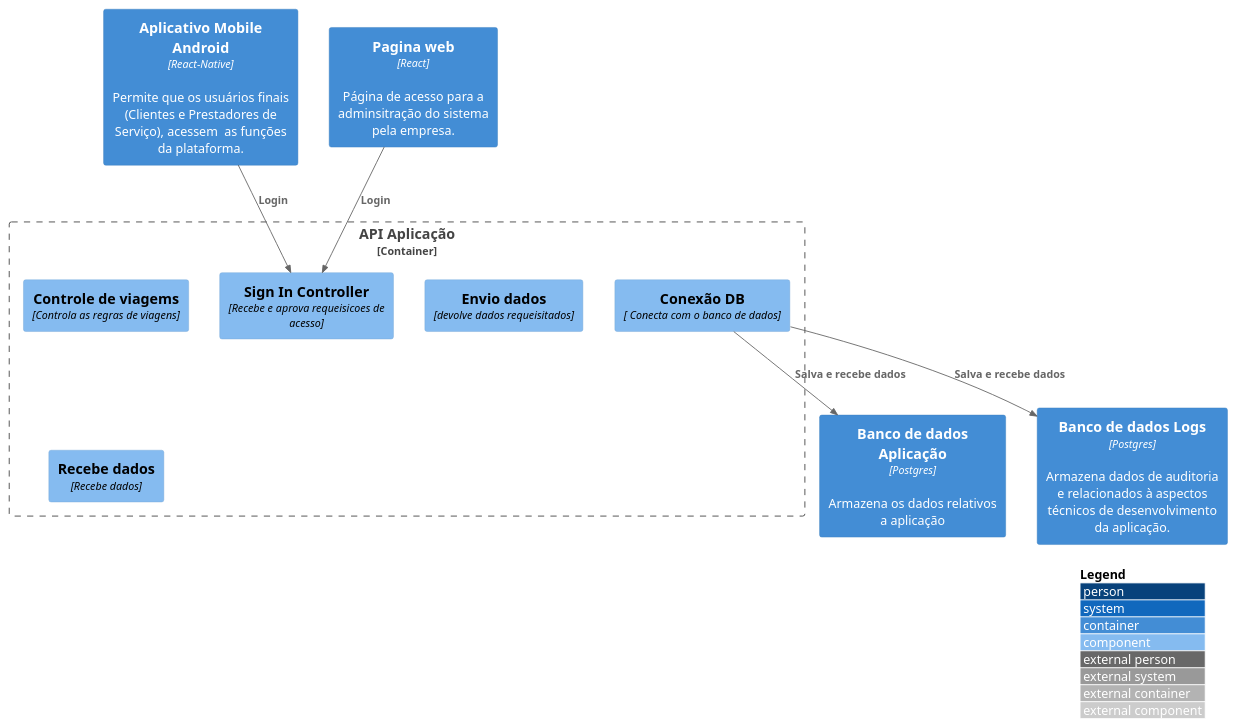
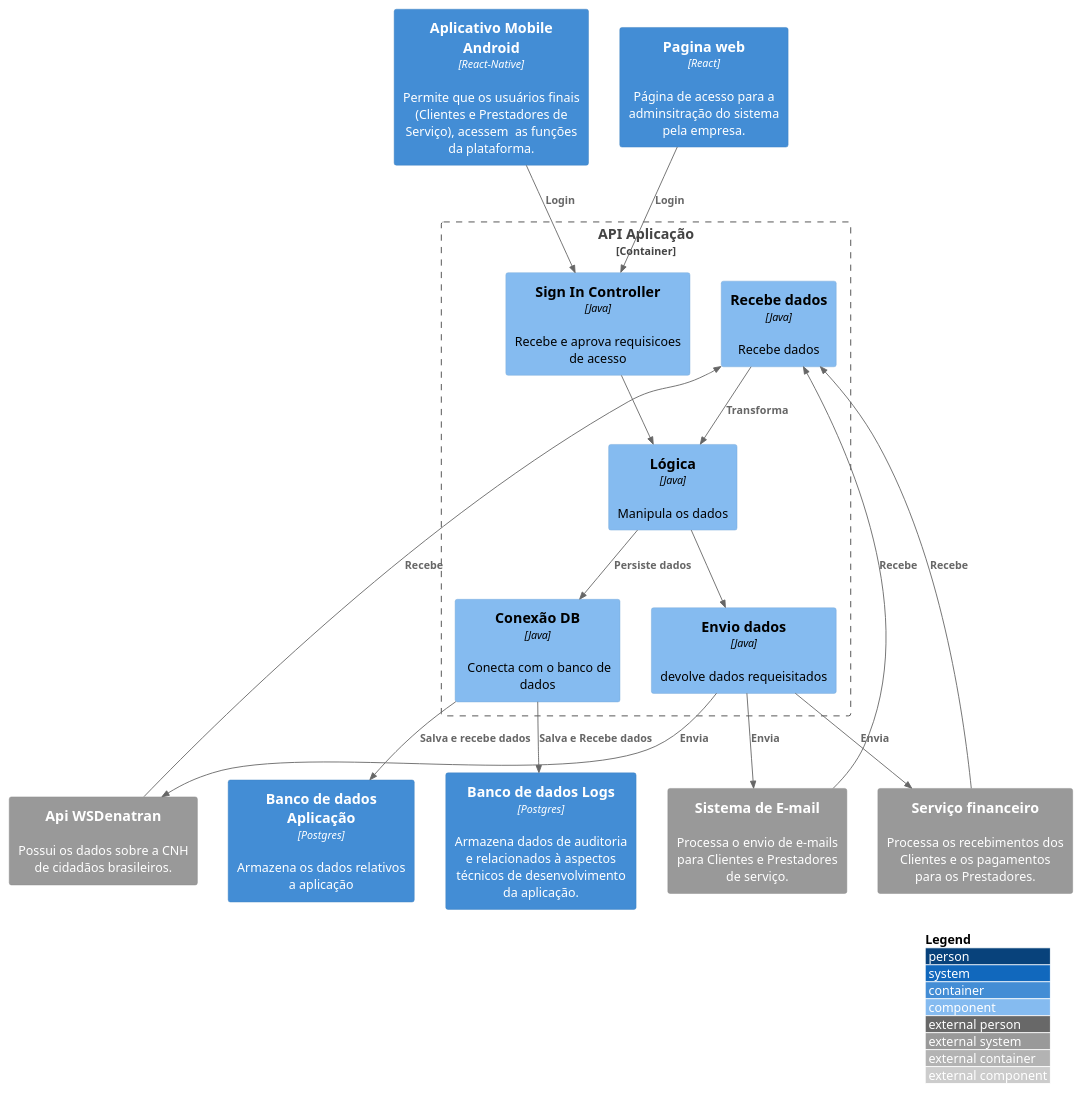
Before and after one commit to guispiger/Disciplinas-TSI: the diagram in Analise-e-Projeto-de-SistemasII/c4/App-Transporte/src/1 Aplicativo de Transporte/1.3 API/container.puml, drawn with PlantUML. The commit also changed 38 other files, not shown here.

```diff
--- a/Analise-e-Projeto-de-SistemasII/c4/App-Transporte/src/1 Aplicativo de Transporte/1.3 API/container.puml
+++ b/Analise-e-Projeto-de-SistemasII/c4/App-Transporte/src/1 Aplicativo de Transporte/1.3 API/container.puml
@@ -1,24 +1,38 @@
 @startuml
 !include https://raw.githubusercontent.com/adrianvlupu/C4-PlantUML/latest/C4_Component.puml
 
 LAYOUT_WITH_LEGEND()
 
 Container(app, "Aplicativo Mobile Android","React-Native",  "Permite que os usuários finais (Clientes e Prestadores de Serviço), acessem  as funções da plataforma.")
 Container(web, "Pagina web","React", "Página de acesso para a adminsitração do sistema pela empresa.")
 Container(db, "Banco de dados Aplicação","Postgres", "Armazena os dados relativos a aplicação")
 Container(dbLogs, "Banco de dados Logs", "Postgres", "Armazena dados de auditoria e relacionados à aspectos técnicos de desenvolvimento da aplicação.")
 
+System_Ext(APIWSDenatran, "Api WSDenatran", "Possui os dados sobre a CNH de cidadãos brasileiros.")
+System_Ext(banco, "Serviço financeiro", "Processa os recebimentos dos Clientes e os pagamentos para os Prestadores.")
+System_Ext(email, "Sistema de E-mail", "Processa o envio de e-mails para Clientes e Prestadores de serviço.")
+
 Container_Boundary(api, "API Aplicação"){
-    Component(sign, "Sign In Controller", "Recebe e aprova requeisicoes de acesso")
-    Component(viagems, "Controle de viagems", "Controla as regras de viagens")
-    Component(envio, "Envio dados", "devolve dados requeisitados")
-    Component(recebe, "Recebe dados", "Recebe dados")
-    Component(salva, "Conexão DB", " Conecta com o banco de dados")
+    Component(sign, "Sign In Controller", "Java" , "Recebe e aprova requisicoes de acesso")
+    Component(envio, "Envio dados", "Java", "devolve dados requeisitados")
+    Component(recebe, "Recebe dados", "Java", "Recebe dados")
+    Component(salva, "Conexão DB", "Java", " Conecta com o banco de dados")
+    Component(logica, "Lógica", "Java", "Manipula os dados")
 
     Rel(app, sign, "Login")
     Rel(web, sign, "Login")
     Rel(salva, db, "Salva e recebe dados")
-    Rel(salva, dbLogs, "Salva e recebe dados")
+    Rel(salva, dbLogs, "Salva e Recebe dados")
+    Rel(sign, logica, "")
+    Rel(logica, envio, "")
+    Rel(envio, APIWSDenatran, "Envia")
+    Rel(envio, banco, "Envia")
+    Rel(envio, email, "Envia")
+    Rel(APIWSDenatran, recebe, "Recebe")
+    Rel(banco, recebe, "Recebe")
+    Rel(email, recebe, "Recebe")
+    Rel(recebe, logica, "Transforma")
+    Rel(logica, salva, "Persiste dados")
 }
 
 @enduml
```
